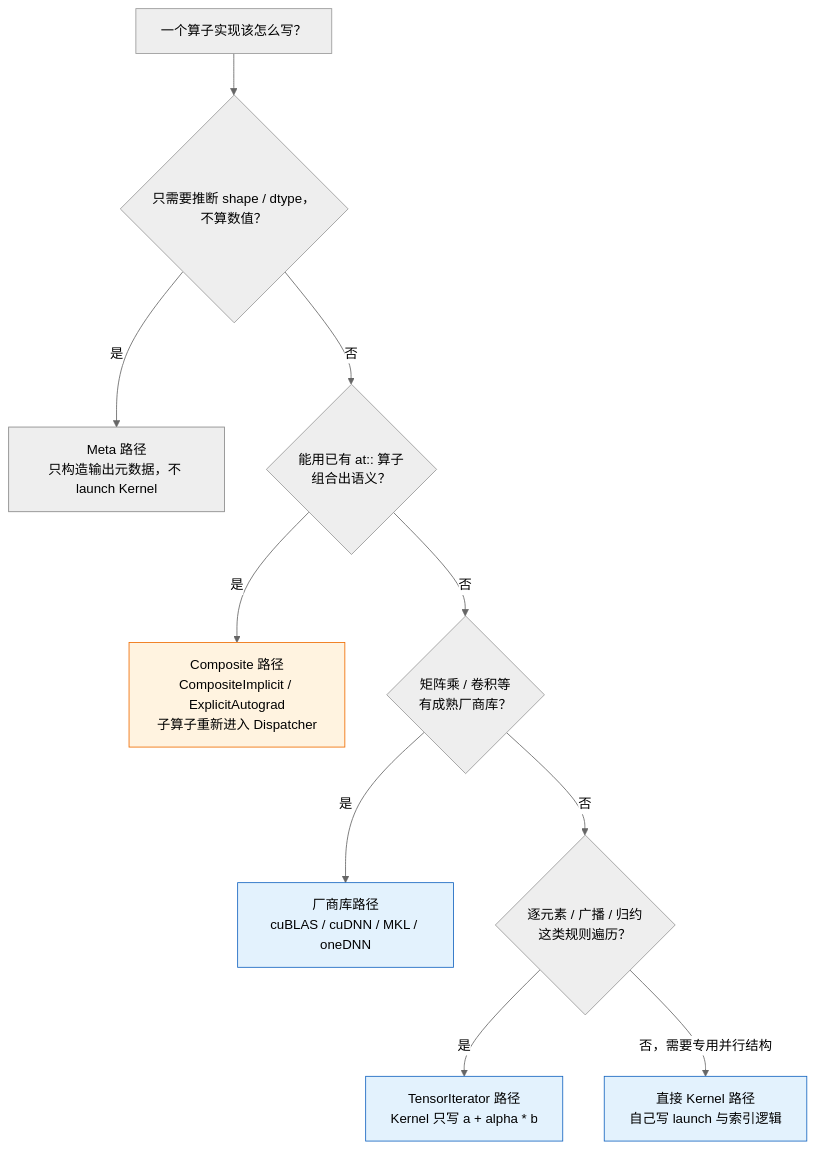
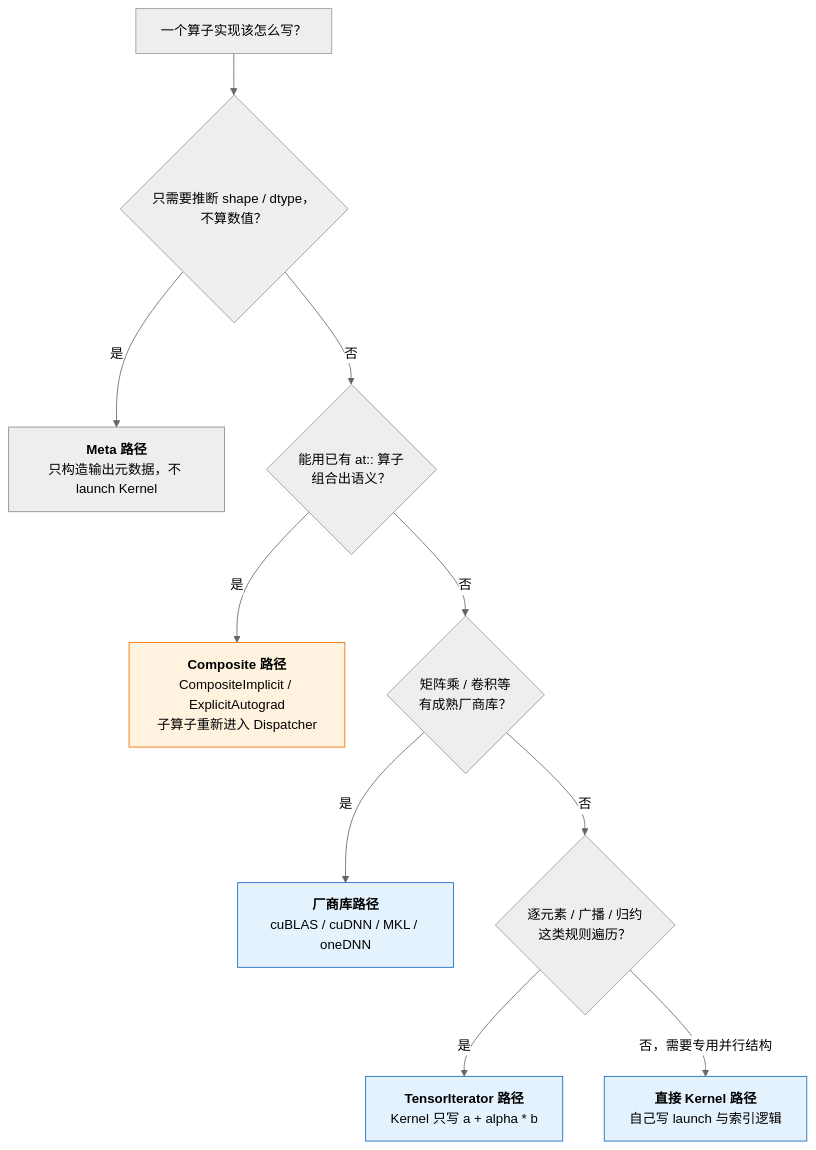
One commit to arganzheng/arganzheng.github.com changed the third of 7 diagrams in _posts/2026-02-21-pytorch-dispatcher-and-operator-system.md. Above: the diagram before and after it, drawn with Mermaid (neutral theme). The commit also changed other lines of this file and 10 other files, not shown here.

First line of the commit message:
PyTorch 深度实践：从 Tensor 到深度学习运行时：Mermaid 多行方框的首行标为标题（11 篇）

````diff
--- a/_posts/2026-02-21-pytorch-dispatcher-and-operator-system.md
+++ b/_posts/2026-02-21-pytorch-dispatcher-and-operator-system.md
@@ -375,19 +375,19 @@
 ```mermaid
 %% 图：算子实现的五种模式：按计算形态在 Meta、Composite、厂商库、TensorIterator、直接 Kernel 之间选
 flowchart TB
     Q0["一个算子实现该怎么写？"] --> Q1{"只需要推断 shape / dtype，<br/>不算数值？"}
-    Q1 -->|"是"| META["Meta 路径<br/>只构造输出元数据，不 launch Kernel"]
+    Q1 -->|"是"| META["<b>Meta 路径</b><br/>只构造输出元数据，不 launch Kernel"]
     Q1 -->|"否"| Q2{"能用已有 at:: 算子<br/>组合出语义？"}
-    Q2 -->|"是"| COMP["Composite 路径<br/>CompositeImplicit / ExplicitAutograd<br/>子算子重新进入 Dispatcher"]
+    Q2 -->|"是"| COMP["<b>Composite 路径</b><br/>CompositeImplicit / ExplicitAutograd<br/>子算子重新进入 Dispatcher"]
     Q2 -->|"否"| Q3{"矩阵乘 / 卷积等<br/>有成熟厂商库？"}
-    Q3 -->|"是"| LIB["厂商库路径<br/>cuBLAS / cuDNN / MKL / oneDNN"]
+    Q3 -->|"是"| LIB["<b>厂商库路径</b><br/>cuBLAS / cuDNN / MKL / oneDNN"]
     Q3 -->|"否"| Q4{"逐元素 / 广播 / 归约<br/>这类规则遍历？"}
-    Q4 -->|"是"| TI["TensorIterator 路径<br/>Kernel 只写 a + alpha * b"]
-    Q4 -->|"否，需要专用并行结构"| DK["直接 Kernel 路径<br/>自己写 launch 与索引逻辑"]
+    Q4 -->|"是"| TI["<b>TensorIterator 路径</b><br/>Kernel 只写 a + alpha * b"]
+    Q4 -->|"否，需要专用并行结构"| DK["<b>直接 Kernel 路径</b><br/>自己写 launch 与索引逻辑"]
     classDef nokernel fill:#eeeeee,stroke:#888888;
     classDef kernel fill:#e3f2fd,stroke:#1565c0;
     classDef reenter fill:#fff3e0,stroke:#ef6c00;
     class META nokernel;
     class TI,DK,LIB kernel;
     class COMP reenter;
 ```
````
